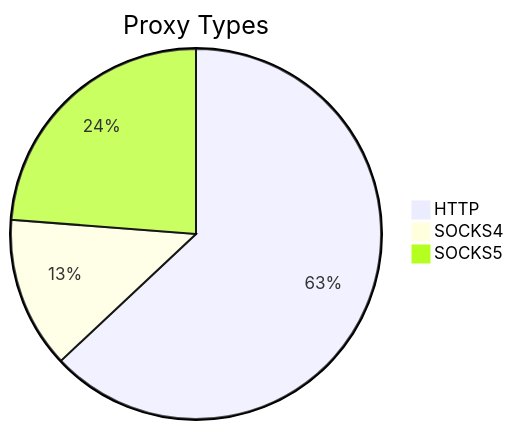
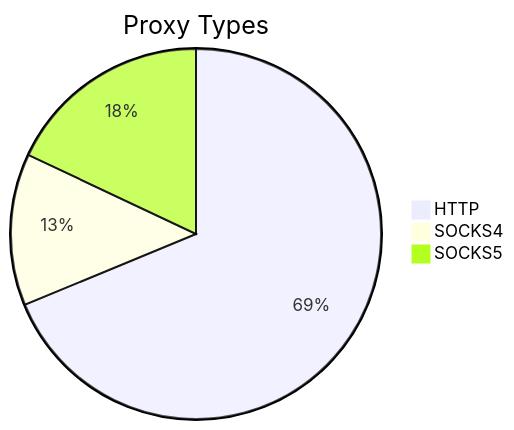
The first of 2 diagrams in README.md (stormsia/proxy-list), drawn with Mermaid before and after one commit. The commit also changed other lines of this file, not shown here.

````diff
--- a/README.md
+++ b/README.md
@@ -21,6 +21,6 @@
 ```mermaid
 pie title Proxy Types
-    "HTTP" : 424
-    "SOCKS4" : 89
-    "SOCKS5" : 160
+    "HTTP" : 436
+    "SOCKS4" : 84
+    "SOCKS5" : 114
 ```
````
